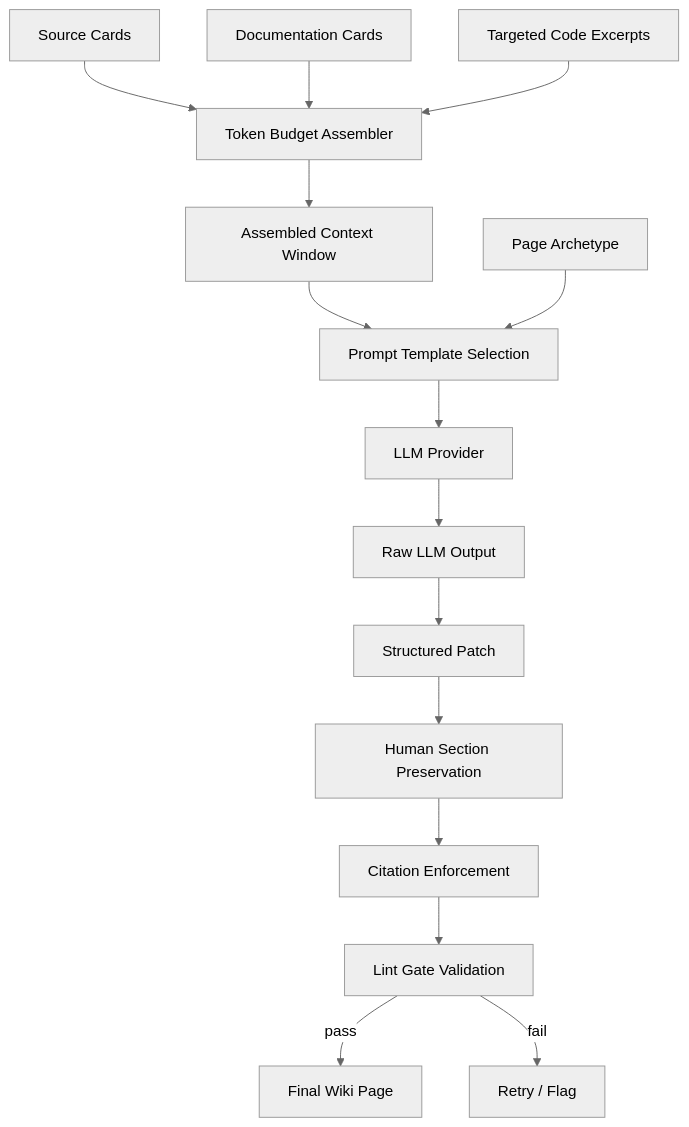
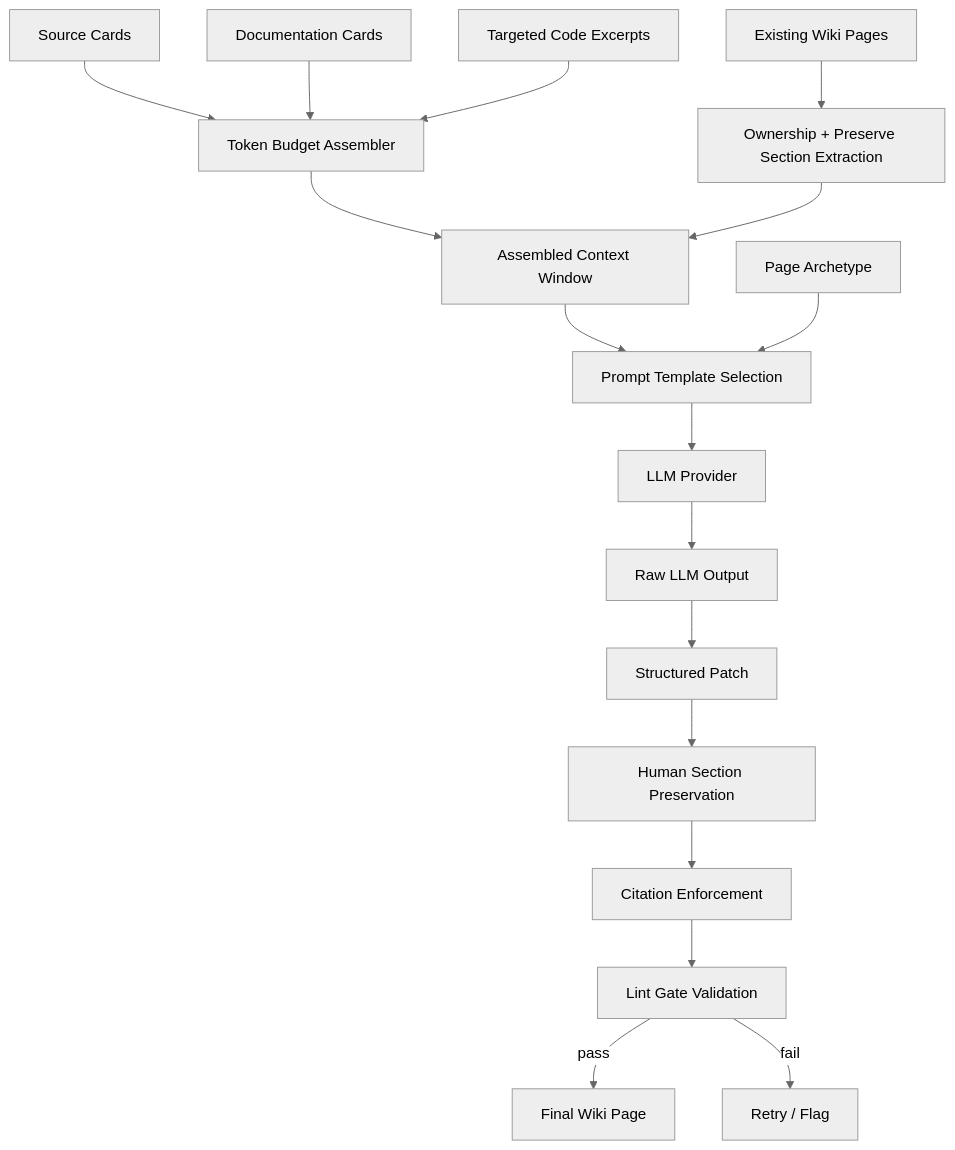
The first of 3 diagrams in docs/plans/llm-compiler/PLAN.md (mfittko/repo-wiki), drawn with Mermaid (neutral theme) before and after one commit. The commit also changed other lines of this file and 35 other files, not shown here.

````diff
--- a/docs/plans/llm-compiler/PLAN.md
+++ b/docs/plans/llm-compiler/PLAN.md
@@ -9,17 +9,19 @@
 ```mermaid
 flowchart TD
   SourceCards[Source Cards] --> Budget[Token Budget Assembler]
   DocCards[Documentation Cards] --> Budget
   CodeExcerpts[Targeted Code Excerpts] --> Budget
+  ExistingWiki[Existing Wiki Pages] --> Ownership[Ownership + Preserve Section Extraction]
   Budget --> Context[Assembled Context Window]
+  Ownership --> Context
   Context --> Prompt[Prompt Template Selection]
   PageType[Page Archetype] --> Prompt
   Prompt --> LLM[LLM Provider]
   LLM --> RawOutput[Raw LLM Output]
   RawOutput --> Patch[Structured Patch]
   Patch --> Preserve[Human Section Preservation]
   Preserve --> Cite[Citation Enforcement]
   Cite --> Lint[Lint Gate Validation]
   Lint -->|pass| Page[Final Wiki Page]
   Lint -->|fail| Retry[Retry / Flag]
 ```
````
